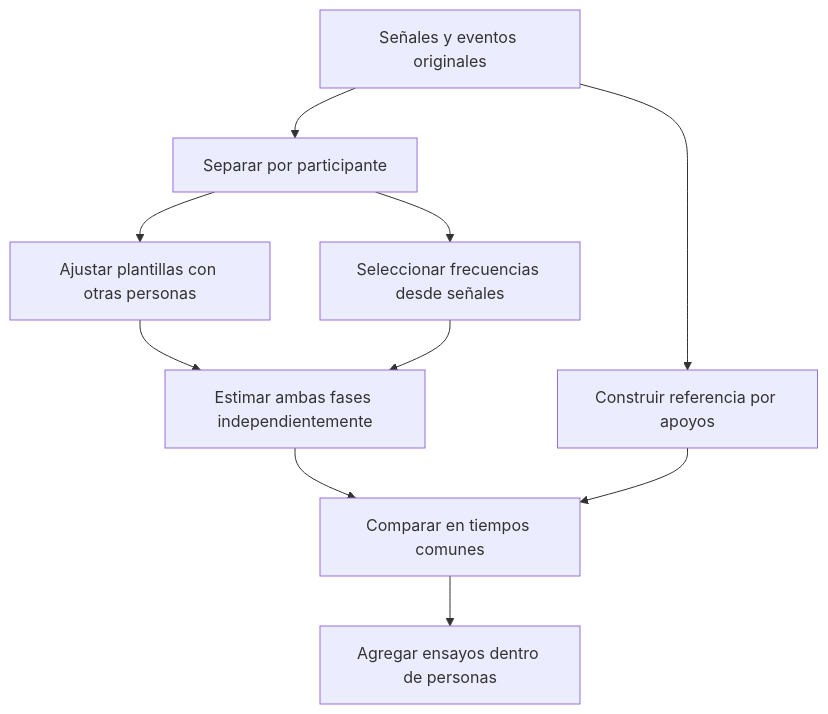
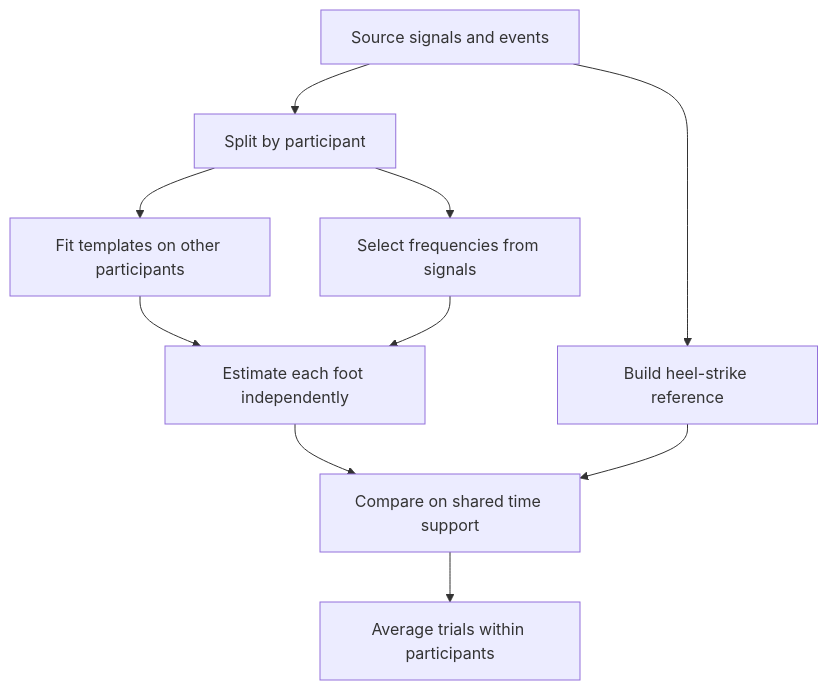
One commit to Giml0pb/Gait_Project changed the diagram in docs/phase_validation_protocol.md. Above: the diagram before and after it, drawn with Mermaid. The commit also changed other lines of this file and 12 other files, not shown here.

````diff
--- a/docs/phase_validation_protocol.md
+++ b/docs/phase_validation_protocol.md
@@ -17,14 +17,14 @@
 ```mermaid
 flowchart TB
-    accTitle: Comparación de estimadores de fase
-    accDescr: Las personas se separan para aprender plantillas y evaluar fases con referencias de eventos que no entran en la estimación de esas mismas personas.
-    data["Señales y eventos originales"] --> subjects["Separar por participante"]
-    subjects --> training["Ajustar plantillas con otras personas"]
-    subjects --> signals["Seleccionar frecuencias desde señales"]
-    training --> estimation["Estimar ambas fases independientemente"]
+    accTitle: Phase estimator comparison
+    accDescr: Participants are separated for template training and phase evaluation; held-out event references enter scoring only.
+    data["Source signals and events"] --> subjects["Split by participant"]
+    subjects --> training["Fit templates on other participants"]
+    subjects --> signals["Select frequencies from signals"]
+    training --> estimation["Estimate each foot independently"]
     signals --> estimation
-    estimation --> scoring["Comparar en tiempos comunes"]
-    data --> reference["Construir referencia por apoyos"]
+    estimation --> scoring["Compare on shared time support"]
+    data --> reference["Build heel-strike reference"]
     reference --> scoring
-    scoring --> summaries["Agregar ensayos dentro de personas"]
+    scoring --> summaries["Average trials within participants"]
 ```
````
